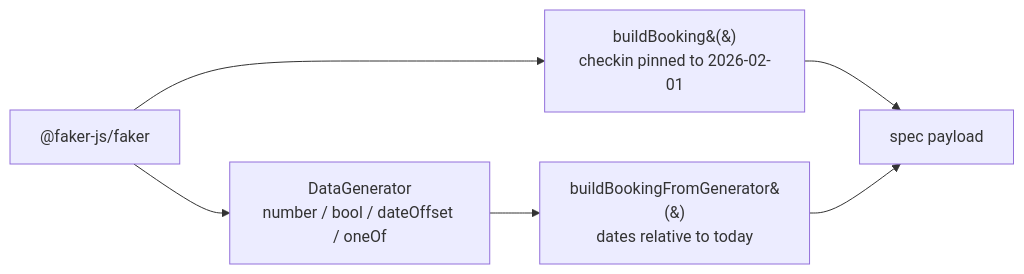
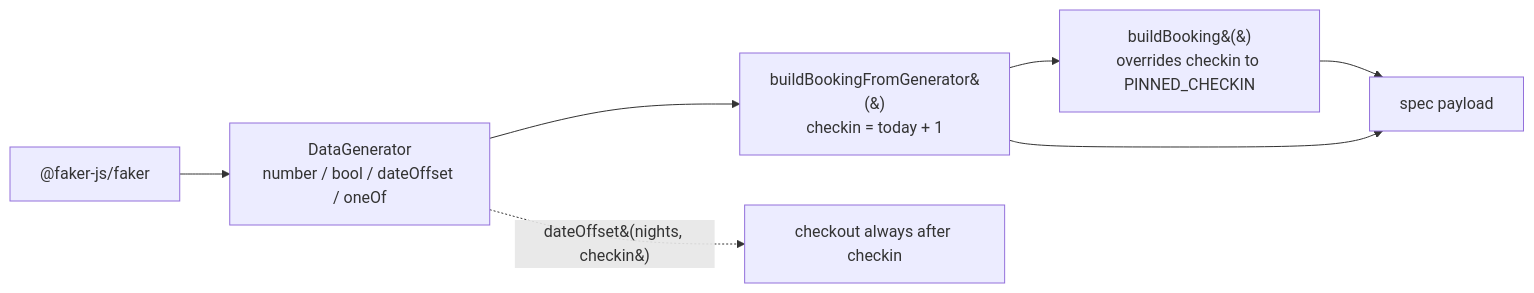
One commit to PramodDutta/AdvancePlaywrightFramework2x changed the tenth of 10 diagrams in README.md. Above: the diagram before and after it, drawn with Mermaid. The commit also changed other lines of this file and 1 other file, not shown here.

First line of the commit message:
fix: stop buildBooking inverting the stay dates

````diff
--- a/README.md
+++ b/README.md
@@ -505,8 +505,9 @@
 ```mermaid
 flowchart LR
     F["@faker-js/faker"] --> DG["DataGenerator<br/>number / bool / dateOffset / oneOf"]
-    DG --> B2["buildBookingFromGenerator&#40;&#41;<br/>dates relative to today"]
-    F --> B1["buildBooking&#40;&#41;<br/>checkin pinned to 2026-02-01"]
+    DG --> B2["buildBookingFromGenerator&#40;&#41;<br/>checkin = today + 1"]
+    B2 --> B1["buildBooking&#40;&#41;<br/>overrides checkin to PINNED_CHECKIN"]
     B1 --> S["spec payload"]
     B2 --> S
+    DG -.->|"dateOffset&#40;nights, checkin&#41;"| CO["checkout always after checkin"]
 ```
````
